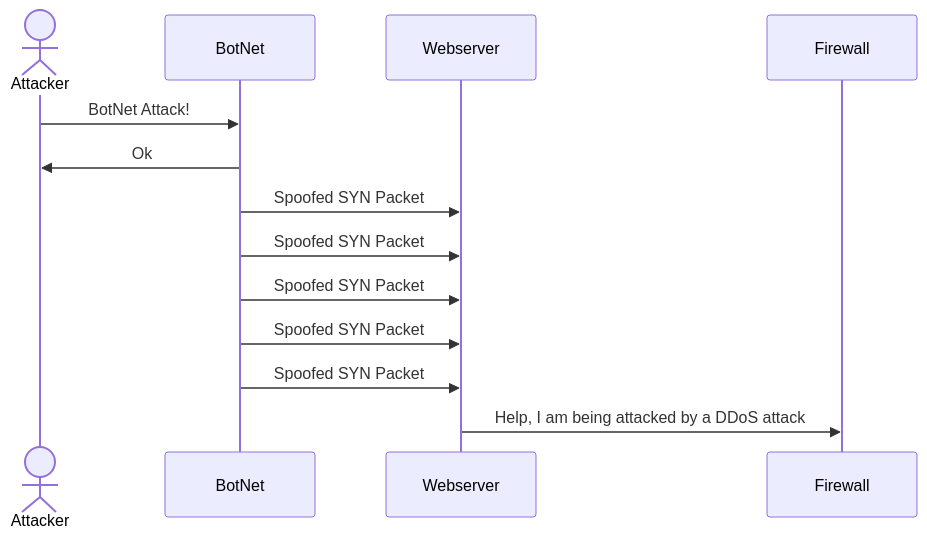
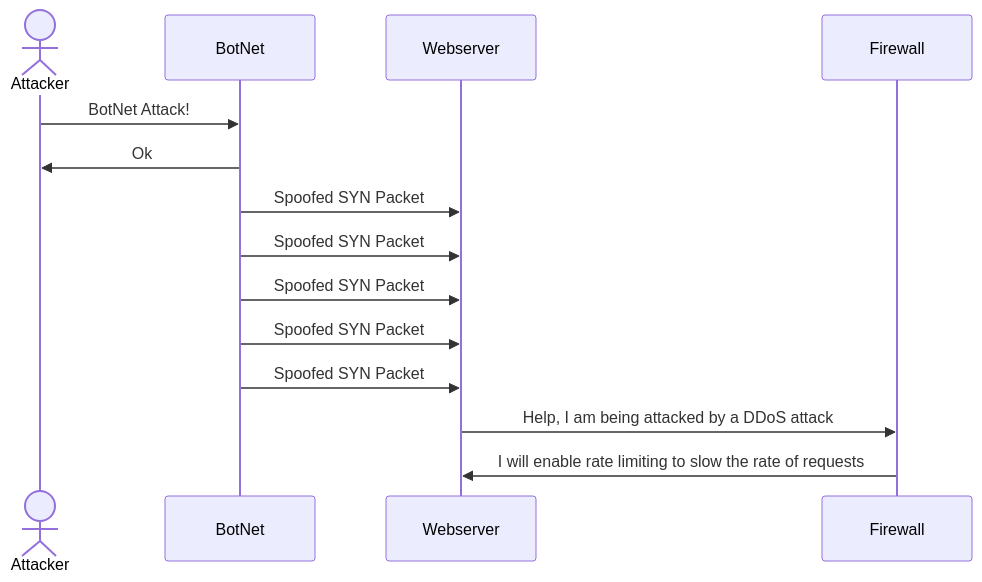
Before and after one commit to slaucks/slaucks.github.io: the diagram in DDoS_Attack_Sequence.md, drawn with Mermaid.

````diff
--- a/DDoS_Attack_Sequence.md
+++ b/DDoS_Attack_Sequence.md
@@ -1,14 +1,15 @@
 ```mermaid
 sequenceDiagram
  actor Attacker 
  Attacker->>BotNet: BotNet Attack!
  BotNet->>Attacker: Ok
  BotNet->>Webserver: Spoofed SYN Packet
  BotNet->>Webserver: Spoofed SYN Packet
  BotNet->>Webserver: Spoofed SYN Packet
  BotNet->>Webserver: Spoofed SYN Packet
  BotNet->>Webserver: Spoofed SYN Packet
  Webserver->>Firewall: Help, I am being attacked by a DDoS attack
+ Firewall->>Webserver: I will enable rate limiting to slow the rate of requests
 participant Firewall
 
 ```
````
